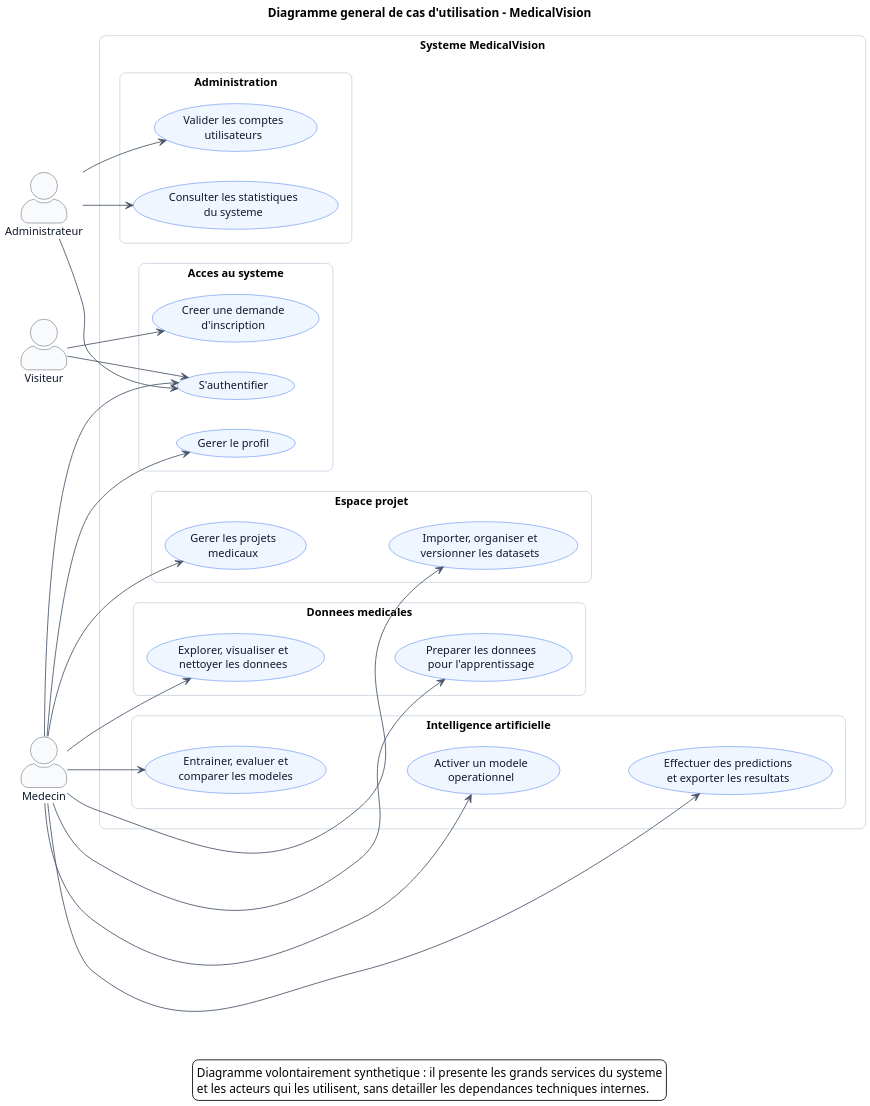
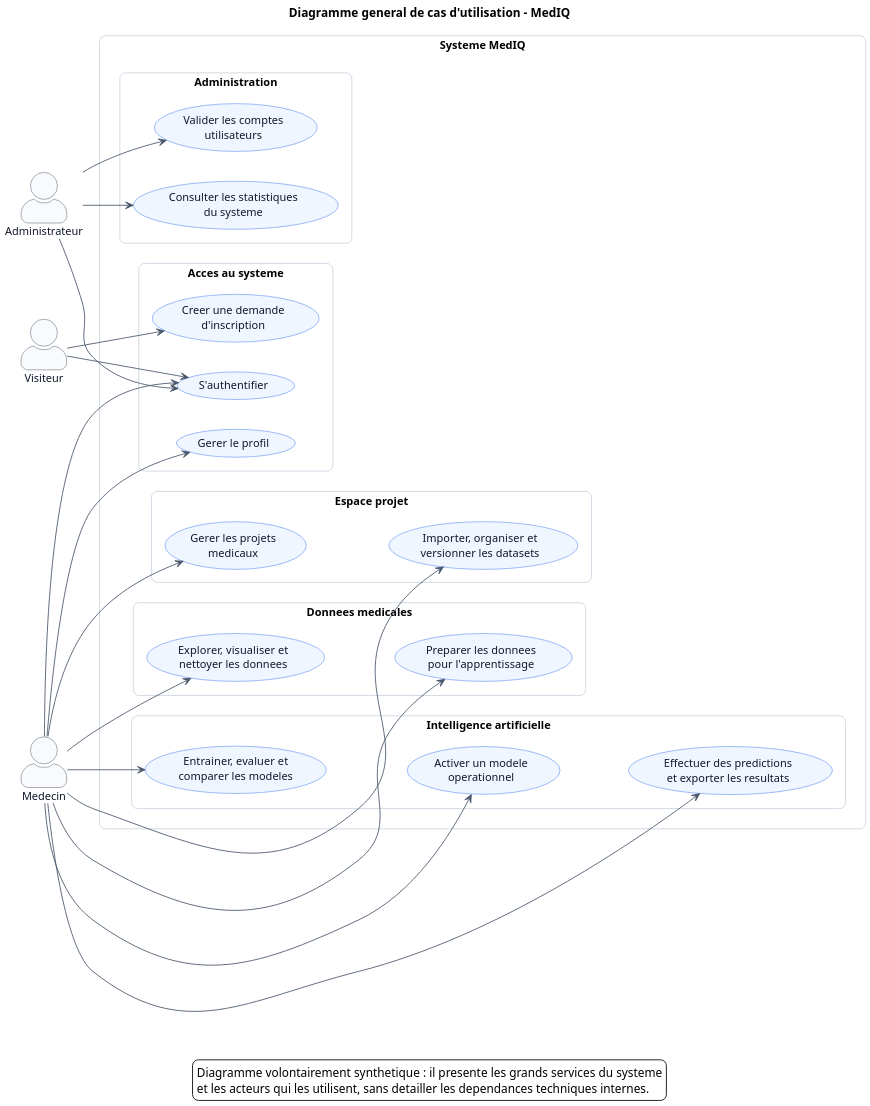
The diagram in docs/diagrams/use-case-medicalvision.puml (omriibtihel/pfe_frontend), drawn with PlantUML before and after one commit. The commit also changed 18 other files, not shown here.

Commit message:
from MedicalVision to MedIQ

```diff
--- a/docs/diagrams/use-case-medicalvision.puml
+++ b/docs/diagrams/use-case-medicalvision.puml
@@ -1,97 +1,97 @@
 @startuml
-title Diagramme general de cas d'utilisation - MedicalVision
+title Diagramme general de cas d'utilisation - MedIQ
 
 left to right direction
 skinparam dpi 180
 skinparam shadowing false
 skinparam backgroundColor #FFFFFF
 skinparam defaultFontName Arial
 skinparam defaultFontSize 13
 skinparam roundCorner 14
 skinparam actorStyle awesome
 skinparam packageStyle rectangle
 
 skinparam actor {
   BackgroundColor #F8FAFC
   BorderColor #334155
   FontColor #0F172A
 }
 
 skinparam rectangle {
   BackgroundColor #FFFFFF
   BorderColor #CBD5E1
 }
 
 skinparam package {
   BackgroundColor #FFFFFF
   BorderColor #CBD5E1
   FontColor #0F172A
 }
 
 skinparam usecase {
   BackgroundColor #EFF6FF
   BorderColor #2563EB
   FontColor #0F172A
   ArrowColor #475569
 }
 
 actor "Visiteur" as Visitor
 actor "Medecin" as Doctor
 actor "Administrateur" as Admin
 
-rectangle "Systeme MedicalVision" {
+rectangle "Systeme MedIQ" {
   package "Acces au systeme" {
     usecase "Creer une demande\nd'inscription" as UC_Register
     usecase "S'authentifier" as UC_Login
     usecase "Gerer le profil" as UC_Profile
   }
 
   package "Administration" {
     usecase "Valider les comptes\nutilisateurs" as UC_Accounts
     usecase "Consulter les statistiques\ndu systeme" as UC_Stats
   }
 
   package "Espace projet" {
     usecase "Gerer les projets\nmedicaux" as UC_Projects
     usecase "Importer, organiser et\nversionner les datasets" as UC_Datasets
   }
 
   package "Donnees medicales" {
     usecase "Explorer, visualiser et\nnettoyer les donnees" as UC_DataAnalysis
     usecase "Preparer les donnees\npour l'apprentissage" as UC_Prepare
   }
 
   package "Intelligence artificielle" {
     usecase "Entrainer, evaluer et\ncomparer les modeles" as UC_Train
     usecase "Activer un modele\noperationnel" as UC_Activate
     usecase "Effectuer des predictions\net exporter les resultats" as UC_Predict
   }
 }
 
 Visitor --> UC_Register
 Visitor --> UC_Login
 
 Admin --> UC_Login
 Admin --> UC_Accounts
 Admin --> UC_Stats
 
 Doctor --> UC_Login
 Doctor --> UC_Profile
 Doctor --> UC_Projects
 Doctor --> UC_Datasets
 Doctor --> UC_DataAnalysis
 Doctor --> UC_Prepare
 Doctor --> UC_Train
 Doctor --> UC_Activate
 Doctor --> UC_Predict
 
 UC_Projects -[hidden]down- UC_Datasets
 UC_DataAnalysis -[hidden]down- UC_Prepare
 UC_Train -[hidden]down- UC_Activate
 UC_Activate -[hidden]down- UC_Predict
 
 legend bottom
   Diagramme volontairement synthetique : il presente les grands services du systeme
   et les acteurs qui les utilisent, sans detailler les dependances techniques internes.
 endlegend
 @enduml
```
